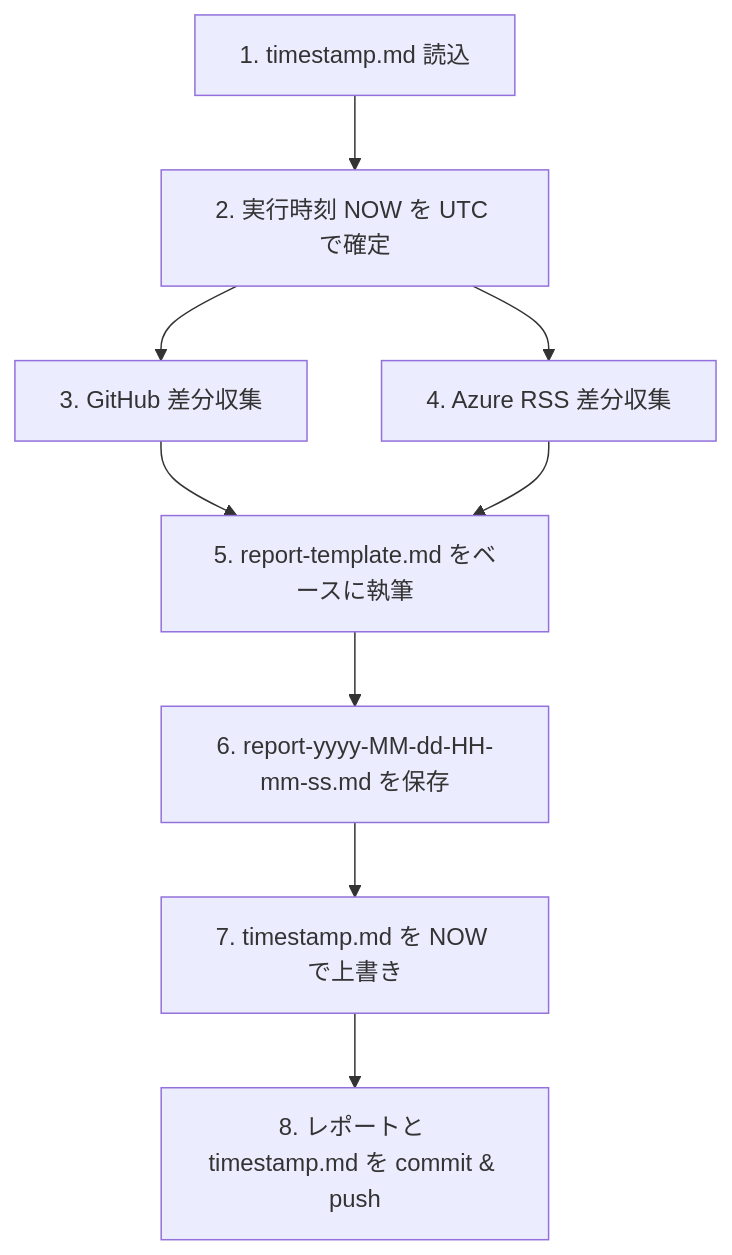
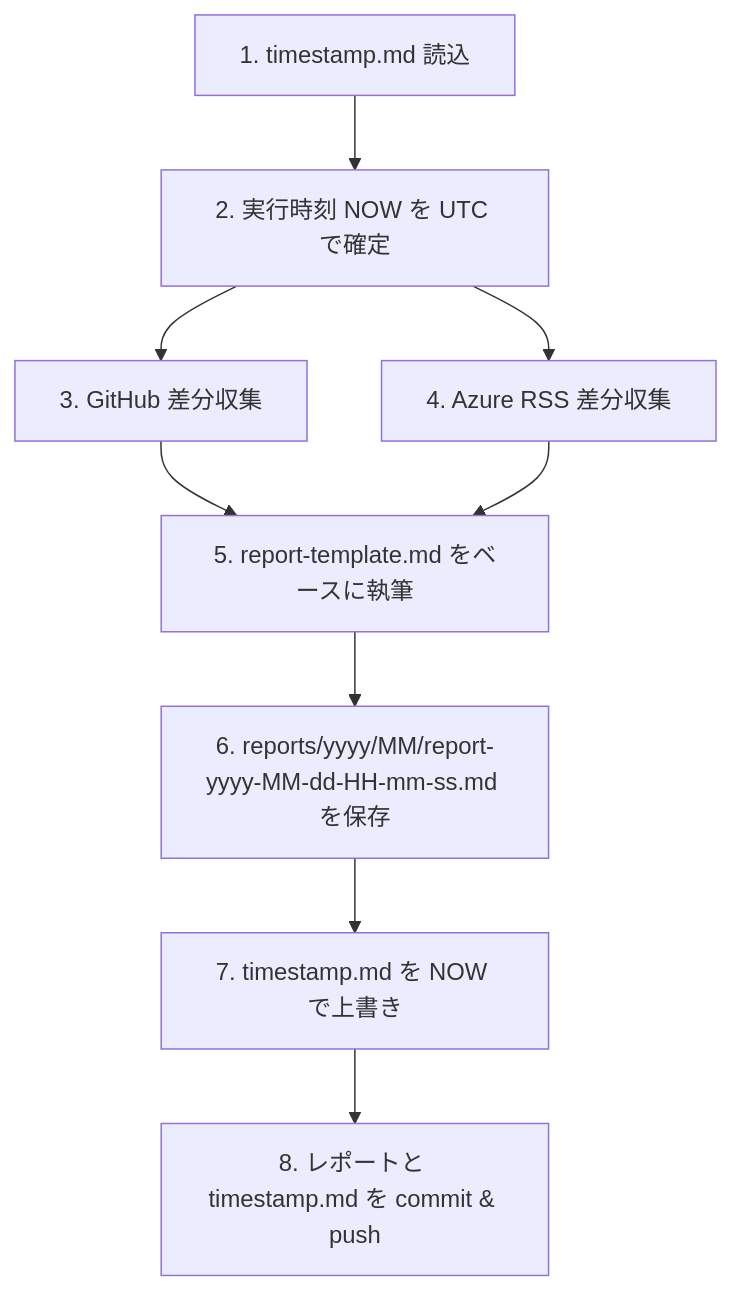
Before and after one commit to runceel/daily-check: the diagram in .github/skills/daily-check-report/SKILL.md, drawn with Mermaid. The commit also changed other lines of this file and 2 other files, not shown here.

First line of the commit message:
Skill: レポート出力先を reports/yyyy/MM/ 配下に変更 (#3)

````diff
--- a/.github/skills/daily-check-report/SKILL.md
+++ b/.github/skills/daily-check-report/SKILL.md
@@ -32,11 +32,11 @@
 ```mermaid
 flowchart TD
     A[1. timestamp.md 読込] --> B[2. 実行時刻 NOW を UTC で確定]
     B --> C[3. GitHub 差分収集]
     B --> D[4. Azure RSS 差分収集]
     C --> E[5. report-template.md をベースに執筆]
     D --> E
-    E --> F[6. report-yyyy-MM-dd-HH-mm-ss.md を保存]
+    E --> F[6. reports/yyyy/MM/report-yyyy-MM-dd-HH-mm-ss.md を保存]
     F --> G[7. timestamp.md を NOW で上書き]
     G --> H[8. レポートと timestamp.md を commit & push]
 ```
````
